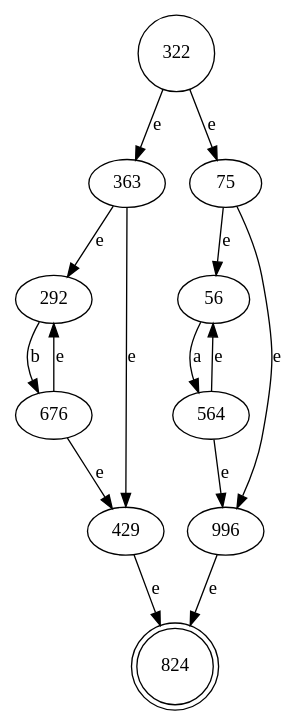
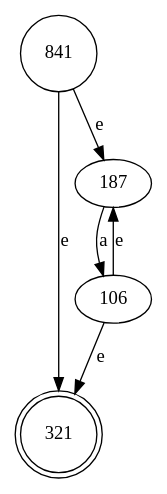
One commit to bryannalfaro/Dise-odeLenguajes changed the diagram in test-output/automata1.gv. Above: the diagram before and after it, drawn with Graphviz. The commit also changed 3 other files, not shown here.

```diff
--- a/test-output/automata1.gv
+++ b/test-output/automata1.gv
@@ -1,18 +1,9 @@
 digraph automata1 {
-	322 [label=322 shape=circle]
-	824 [label=824 shape=doublecircle]
-	322 -> 363 [label=e]
-	322 -> 75 [label=e]
-	363 -> 292 [label=e]
-	363 -> 429 [label=e]
-	292 -> 676 [label=b]
-	676 -> 429 [label=e]
-	676 -> 292 [label=e]
-	429 -> 824 [label=e]
-	75 -> 56 [label=e]
-	75 -> 996 [label=e]
-	56 -> 564 [label=a]
-	564 -> 996 [label=e]
-	564 -> 56 [label=e]
-	996 -> 824 [label=e]
+	841 [label=841 shape=circle]
+	321 [label=321 shape=doublecircle]
+	841 -> 187 [label=e]
+	841 -> 321 [label=e]
+	187 -> 106 [label=a]
+	106 -> 321 [label=e]
+	106 -> 187 [label=e]
 }
```
